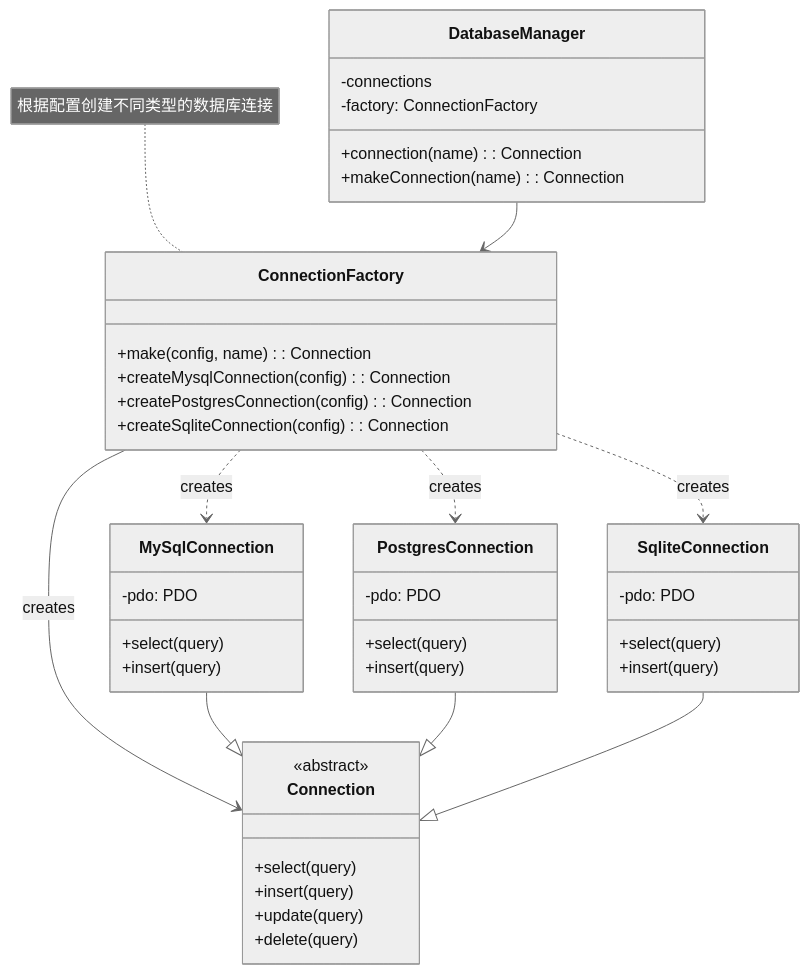
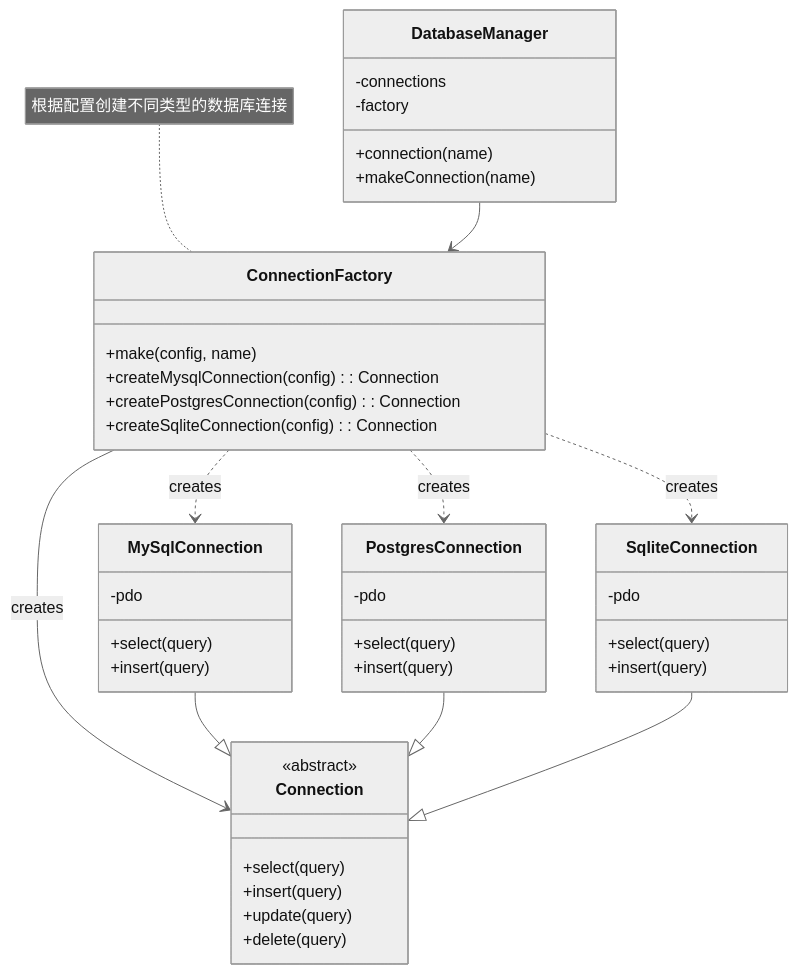
The second of 5 diagrams in resources/design-patterns/laravel/creational/factory_method_zh.md (fanly/DesignPattern), drawn with Mermaid (neutral theme) before and after one commit. The commit also changed other lines of this file and 17 other files, not shown here.

````diff
--- a/resources/design-patterns/laravel/creational/factory_method_zh.md
+++ b/resources/design-patterns/laravel/creational/factory_method_zh.md
@@ -40,53 +40,53 @@
 ```mermaid
 classDiagram
     class DatabaseManager {
         -connections
-        -factory: ConnectionFactory
-        +connection(name): Connection
-        +makeConnection(name): Connection
+        -factory
+        +connection(name)
+        +makeConnection(name)
     }
     
     class ConnectionFactory {
-        +make(config, name): Connection
+        +make(config, name)
         +createMysqlConnection(config): Connection
         +createPostgresConnection(config): Connection
         +createSqliteConnection(config): Connection
     }
     
     class Connection {
         <<abstract>>
         +select(query)
         +insert(query)
         +update(query)
         +delete(query)
     }
     
     class MySqlConnection {
-        -pdo: PDO
+        -pdo
         +select(query)
         +insert(query)
     }
     
     class PostgresConnection {
-        -pdo: PDO
+        -pdo
         +select(query)
         +insert(query)
     }
     
     class SqliteConnection {
-        -pdo: PDO
+        -pdo
         +select(query)
         +insert(query)
     }
     
     DatabaseManager --> ConnectionFactory
     ConnectionFactory --> Connection : creates
     MySqlConnection --|> Connection
     PostgresConnection --|> Connection
     SqliteConnection --|> Connection
     ConnectionFactory ..> MySqlConnection : creates
     ConnectionFactory ..> PostgresConnection : creates
     ConnectionFactory ..> SqliteConnection : creates
     
     note for ConnectionFactory "根据配置创建不同类型的数据库连接"
 ```
````
